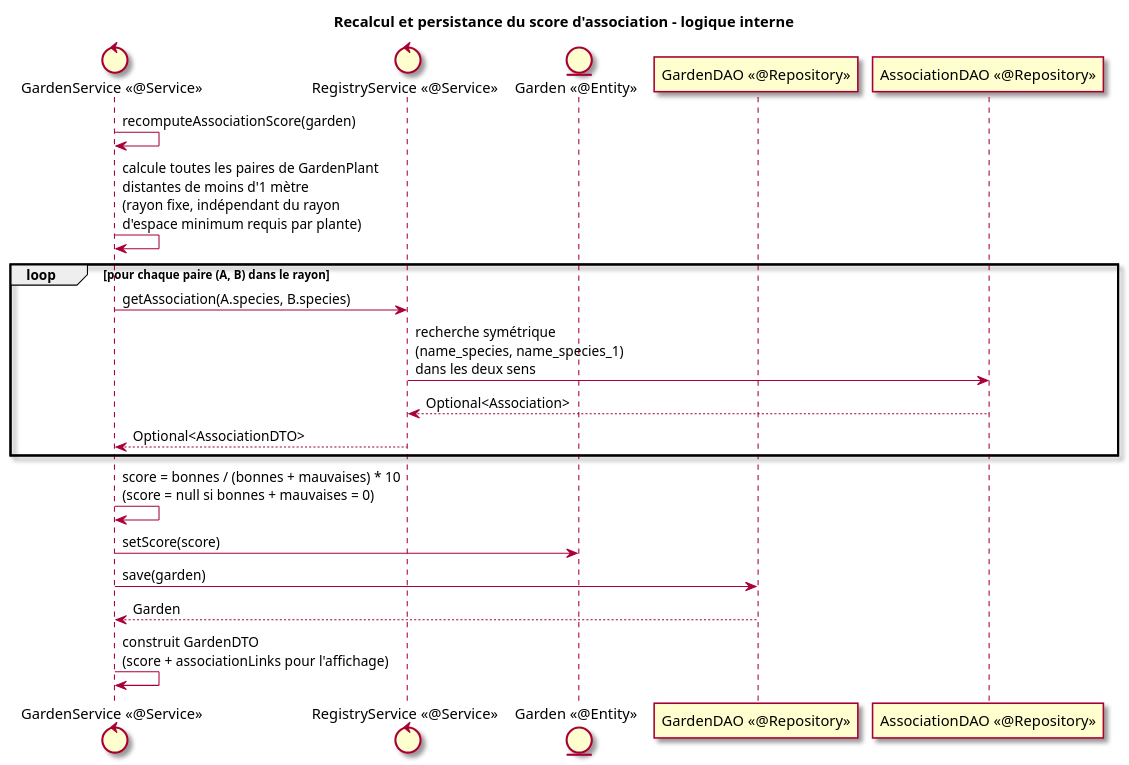
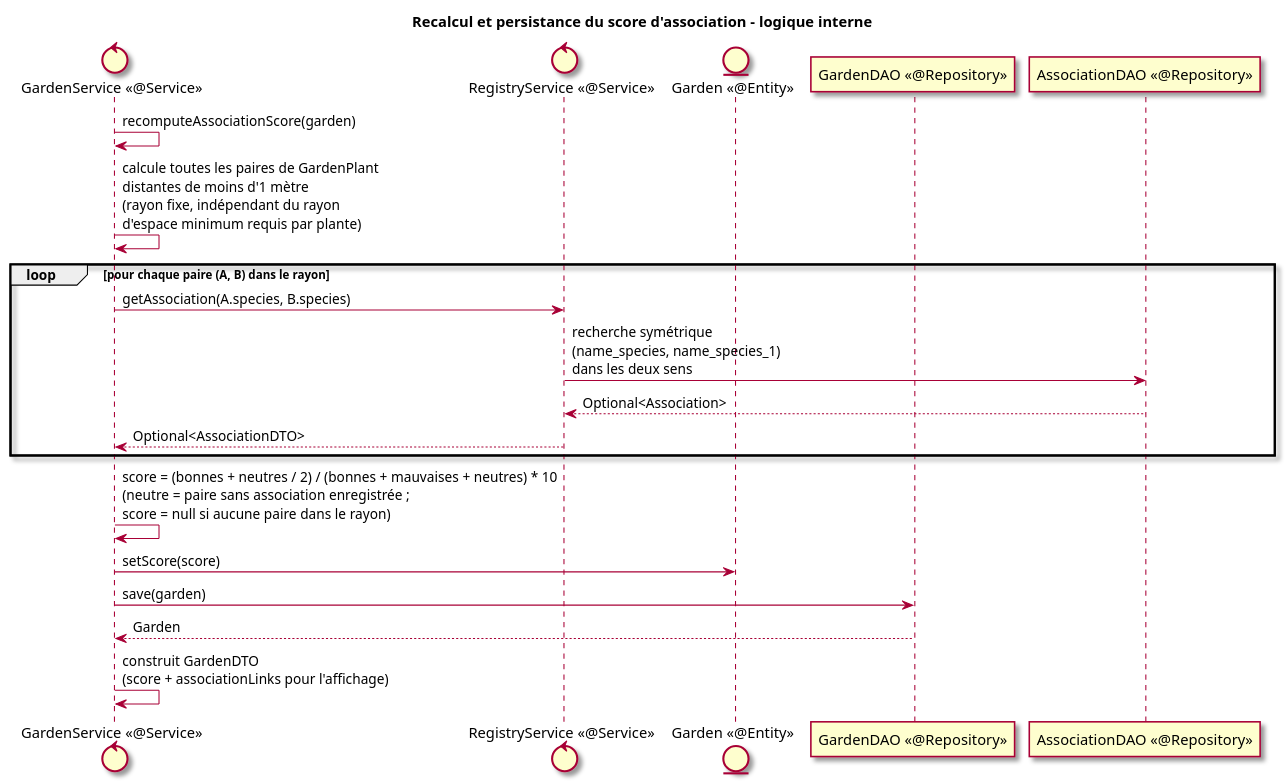
One commit to olivaux/PlanPotager changed diagram 41 of 52 in specs/03_Conception_V1.0.md. Above: the diagram before and after it, drawn with PlantUML. The commit also changed 4 other files, not shown here.

Commit message:
improve : La note prend a présent les associations neutre dans le rayon d'action pour le calcul de la somme des plantes

```diff
--- a/specs/03_Conception_V1.0.md
+++ b/specs/03_Conception_V1.0.md
@@ -2300,29 +2300,29 @@
 ~~~plantuml
 @startuml
 title Recalcul et persistance du score d'association - logique interne
 skin rose
 
 control "GardenService <<@Service>>" as svc
 control "RegistryService <<@Service>>" as reg
 entity "Garden <<@Entity>>" as enG
 participant "GardenDAO <<@Repository>>" as repoG
 participant "AssociationDAO <<@Repository>>" as repoA
 
 svc -> svc : recomputeAssociationScore(garden)
 svc -> svc : calcule toutes les paires de GardenPlant\ndistantes de moins d'1 mètre\n(rayon fixe, indépendant du rayon\nd'espace minimum requis par plante)
 
 loop pour chaque paire (A, B) dans le rayon
   svc -> reg : getAssociation(A.species, B.species)
   reg -> repoA : recherche symétrique\n(name_species, name_species_1)\ndans les deux sens
   repoA --> reg : Optional<Association>
   reg --> svc : Optional<AssociationDTO>
 end
 
-svc -> svc : score = bonnes / (bonnes + mauvaises) * 10\n(score = null si bonnes + mauvaises = 0)
+svc -> svc : score = (bonnes + neutres / 2) / (bonnes + mauvaises + neutres) * 10\n(neutre = paire sans association enregistrée ;\nscore = null si aucune paire dans le rayon)
 svc -> enG : setScore(score)
 svc -> repoG : save(garden)
 repoG --> svc : Garden
 svc -> svc : construit GardenDTO\n(score + associationLinks pour l'affichage)
 
 @enduml
 ~~~
```
